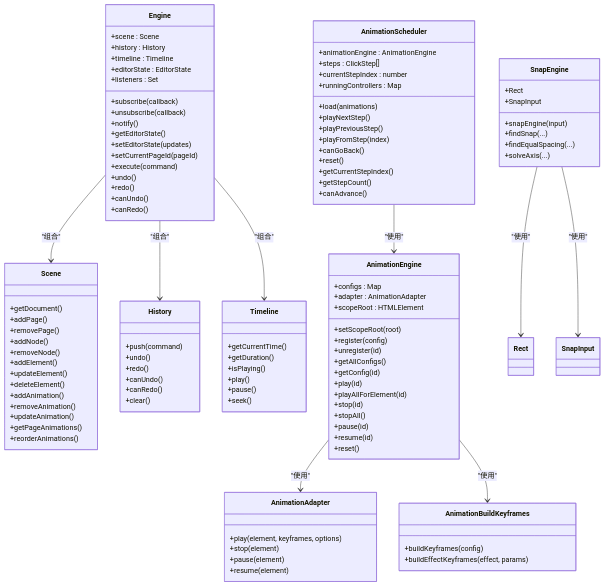
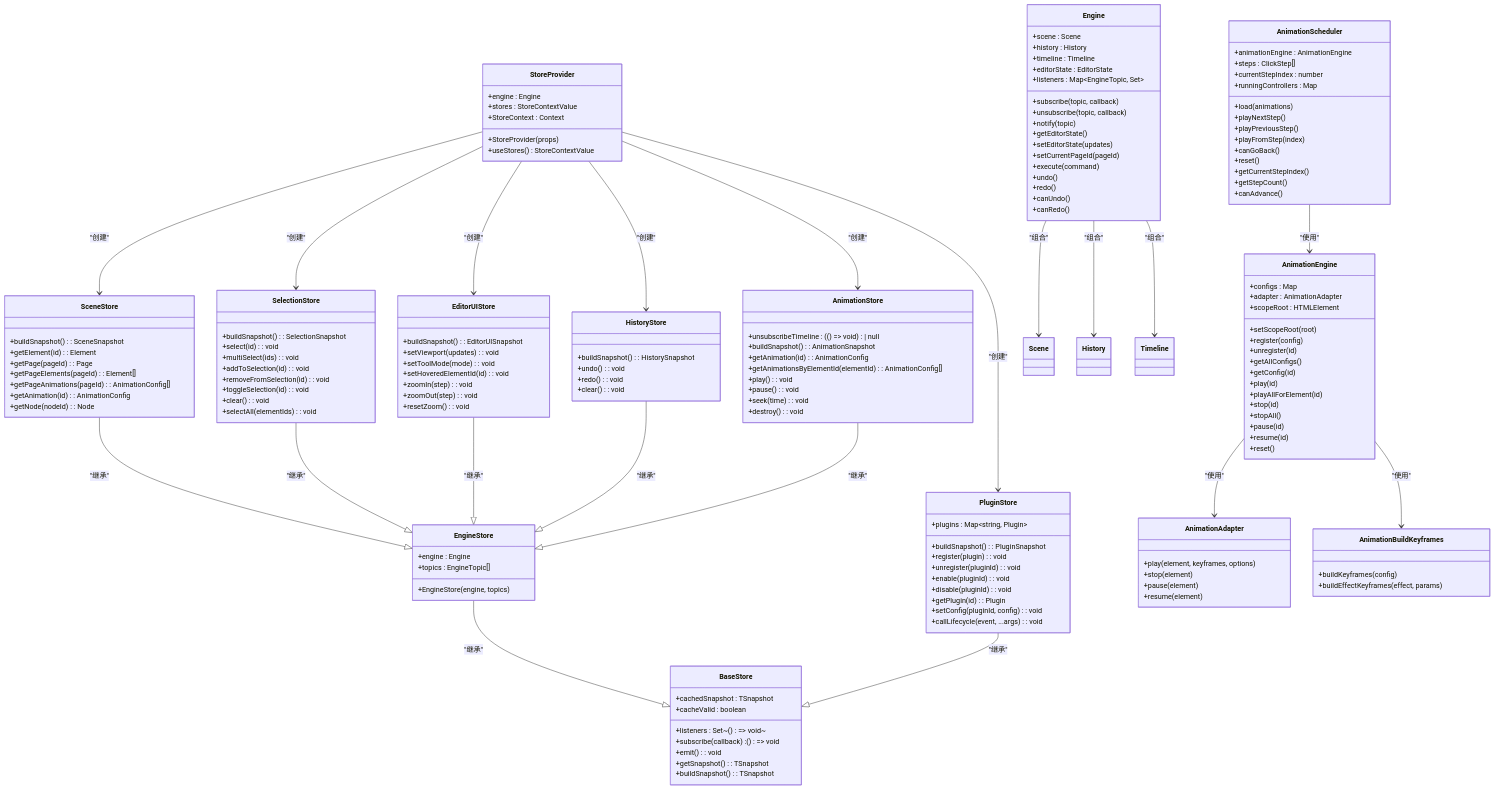
One commit to Anna0314zy/ai_editor_enginer changed the second of 14 diagrams in .qoder/repowiki/zh/content/核心架构/核心架构.md. Above: the diagram before and after it, drawn with Mermaid. The commit also changed other lines of this file and 17 other files, not shown here.

````diff
--- a/.qoder/repowiki/zh/content/核心架构/核心架构.md
+++ b/.qoder/repowiki/zh/content/核心架构/核心架构.md
@@ -167,10 +227,10 @@
 +history : History
 +timeline : Timeline
 +editorState : EditorState
-+listeners : Set
-+subscribe(callback)
-+unsubscribe(callback)
-+notify()
++listeners : Map~EngineTopic, Set~
++subscribe(topic, callback)
++unsubscribe(topic, callback)
++notify(topic)
 +getEditorState()
 +setEditorState(updates)
 +setCurrentPageId(pageId)
@@ -180,36 +240,81 @@
 +canUndo()
 +canRedo()
 }
-class Scene {
-+getDocument()
-+addPage()
-+removePage()
-+addNode()
-+removeNode()
-+addElement()
-+updateElement()
-+deleteElement()
-+addAnimation()
-+removeAnimation()
-+updateAnimation()
-+getPageAnimations()
-+reorderAnimations()
+class StoreProvider {
++engine : Engine
++stores : StoreContextValue
++StoreContext : Context
++StoreProvider(props)
++useStores() StoreContextValue
 }
-class History {
-+push(command)
-+undo()
-+redo()
-+canUndo()
-+canRedo()
-+clear()
+class BaseStore {
++listeners : Set~() => void~
++cachedSnapshot : TSnapshot
++cacheValid : boolean
++subscribe(callback) : () => void
++emit() : void
++getSnapshot() : TSnapshot
++buildSnapshot() : TSnapshot
 }
-class Timeline {
-+getCurrentTime()
-+getDuration()
-+isPlaying()
-+play()
-+pause()
-+seek()
+class EngineStore {
++engine : Engine
++topics : EngineTopic[]
++EngineStore(engine, topics)
+}
+class SceneStore {
++buildSnapshot() : SceneSnapshot
++getElement(id) : Element
++getPage(pageId) : Page
++getPageElements(pageId) : Element[]
++getPageAnimations(pageId) : AnimationConfig[]
++getAnimation(id) : AnimationConfig
++getNode(nodeId) : Node
+}
+class SelectionStore {
++buildSnapshot() : SelectionSnapshot
++select(id) : void
++multiSelect(ids) : void
++addToSelection(id) : void
++removeFromSelection(id) : void
++toggleSelection(id) : void
++clear() : void
++selectAll(elementIds) : void
+}
+class EditorUIStore {
++buildSnapshot() : EditorUISnapshot
++setViewport(updates) : void
++setToolMode(mode) : void
++setHoveredElementId(id) : void
++zoomIn(step) : void
++zoomOut(step) : void
++resetZoom() : void
+}
+class HistoryStore {
++buildSnapshot() : HistorySnapshot
++undo() : void
++redo() : void
++clear() : void
+}
+class AnimationStore {
++unsubscribeTimeline : (() => void) | null
++buildSnapshot() : AnimationSnapshot
++getAnimation(id) : AnimationConfig
++getAnimationsByElementId(elementId) : AnimationConfig[]
++play() : void
++pause() : void
++seek(time) : void
++destroy() : void
+}
+class PluginStore {
++plugins : Map~string, Plugin~
++buildSnapshot() : PluginSnapshot
++register(plugin) : void
++unregister(pluginId) : void
++enable(pluginId) : void
++disable(pluginId) : void
++getPlugin(id) : Plugin
++setConfig(pluginId, config) : void
++callLifecycle(event, ...args) : void
 }
 class AnimationEngine {
 +configs : Map
@@ -243,14 +348,6 @@
 +getStepCount()
 +canAdvance()
 }
-class SnapEngine {
-+Rect
-+SnapInput
-+snapEngine(input)
-+findSnap(...)
-+findEqualSpacing(...)
-+solveAxis(...)
-}
 class AnimationAdapter {
 +play(element, keyframes, options)
 +stop(element)
@@ -261,12 +358,23 @@
 +buildKeyframes(config)
 +buildEffectKeyframes(effect, params)
 }
+StoreProvider --> SceneStore : "创建"
+StoreProvider --> SelectionStore : "创建"
+StoreProvider --> EditorUIStore : "创建"
+StoreProvider --> HistoryStore : "创建"
+StoreProvider --> AnimationStore : "创建"
+StoreProvider --> PluginStore : "创建"
+EngineStore --|> BaseStore : "继承"
+SceneStore --|> EngineStore : "继承"
+SelectionStore --|> EngineStore : "继承"
+EditorUIStore --|> EngineStore : "继承"
+HistoryStore --|> EngineStore : "继承"
+AnimationStore --|> EngineStore : "继承"
+PluginStore --|> BaseStore : "继承"
 Engine --> Scene : "组合"
 Engine --> History : "组合"
 Engine --> Timeline : "组合"
 AnimationScheduler --> AnimationEngine : "使用"
 AnimationEngine --> AnimationAdapter : "使用"
 AnimationEngine --> AnimationBuildKeyframes : "使用"
-SnapEngine --> Rect : "使用"
-SnapEngine --> SnapInput : "使用"
 ```
````
